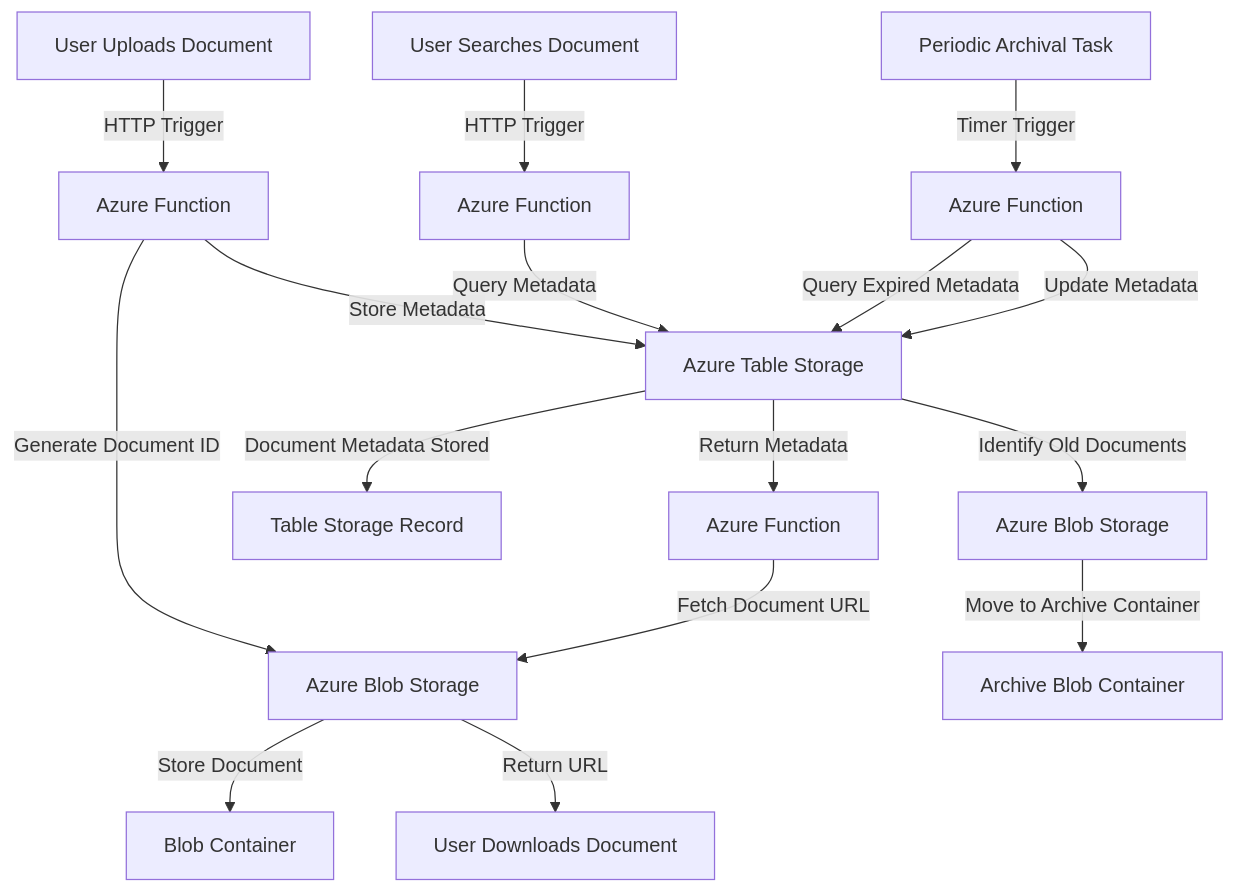
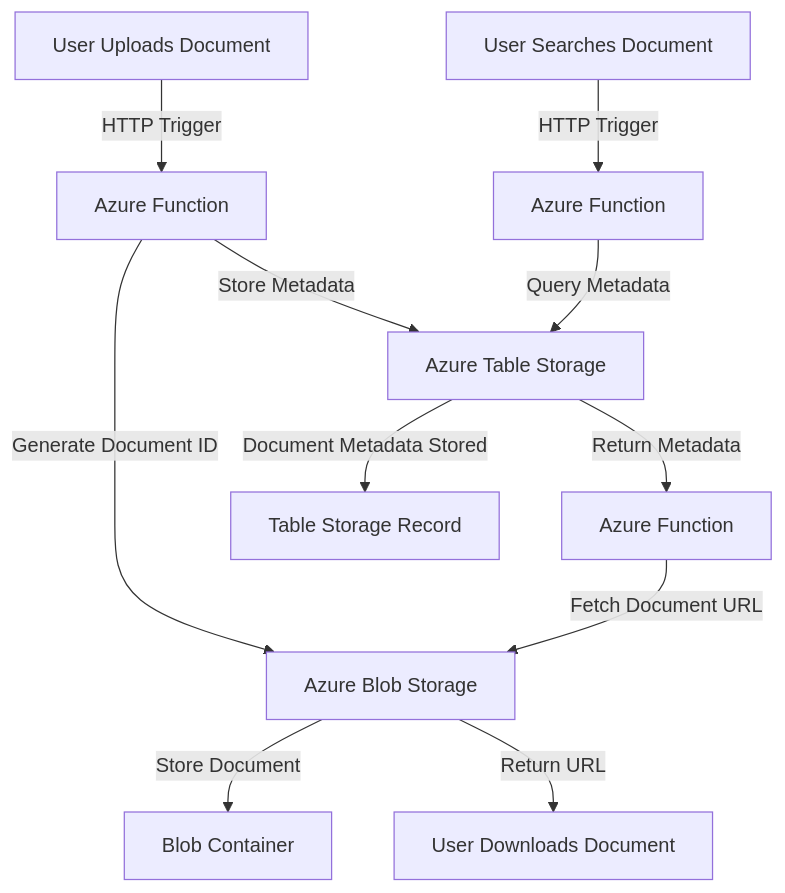
One commit to oigbokwe73/documentmanagement changed the diagram in README.md. Above: the diagram before and after it, drawn with Mermaid.

````diff
--- a/README.md
+++ b/README.md
@@ -21,20 +21,15 @@
 ```mermaid
 graph TD
     A[User Uploads Document] -->|HTTP Trigger| B[Azure Function]
     B -->|Generate Document ID| C[Azure Blob Storage]
     C -->|Store Document| D[Blob Container]
     B -->|Store Metadata| E[Azure Table Storage]
     E -->|Document Metadata Stored| F[Table Storage Record]
 
     G[User Searches Document] -->|HTTP Trigger| H[Azure Function]
     H -->|Query Metadata| E
     E -->|Return Metadata| I[Azure Function]
     I -->|Fetch Document URL| C
     C -->|Return URL| J[User Downloads Document]
 
-    K[Periodic Archival Task] -->|Timer Trigger| L[Azure Function]
-    L -->|Query Expired Metadata| E
-    E -->|Identify Old Documents| M[Azure Blob Storage]
-    M -->|Move to Archive Container| N[Archive Blob Container]
-    L -->|Update Metadata| E
 ```
````
